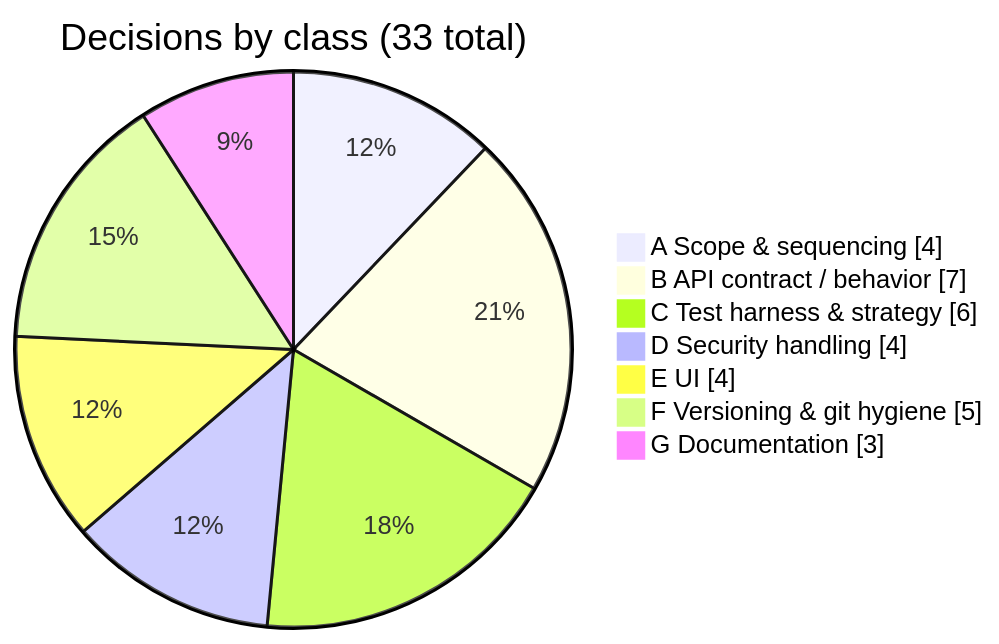
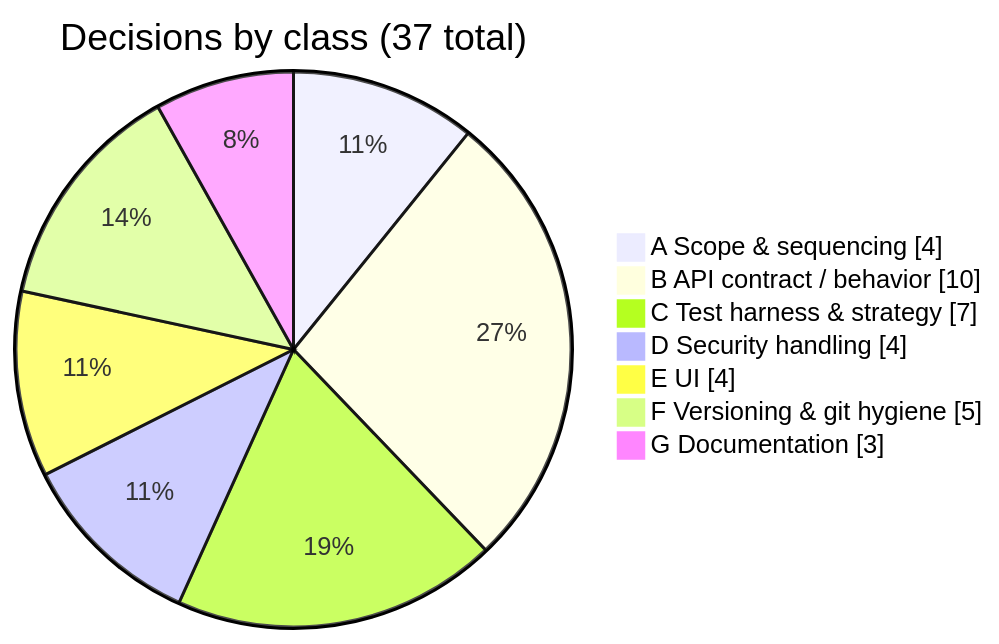
Before and after one commit to pranems/SCIMServer: the first of 3 diagrams in docs/auth/EXECUTION_DECISIONS_AND_RATIONALE.md, drawn with Mermaid. The commit also changed other lines of this file and 3 other files, not shown here.

````diff
--- a/docs/auth/EXECUTION_DECISIONS_AND_RATIONALE.md
+++ b/docs/auth/EXECUTION_DECISIONS_AND_RATIONALE.md
@@ -42,11 +44,11 @@
 ```mermaid
 pie showData
-    title Decisions by class (33 total)
+    title Decisions by class (37 total)
     "A Scope & sequencing" : 4
-    "B API contract / behavior" : 7
-    "C Test harness & strategy" : 6
+    "B API contract / behavior" : 10
+    "C Test harness & strategy" : 7
     "D Security handling" : 4
     "E UI" : 4
     "F Versioning & git hygiene" : 5
     "G Documentation" : 3
 ```
````
